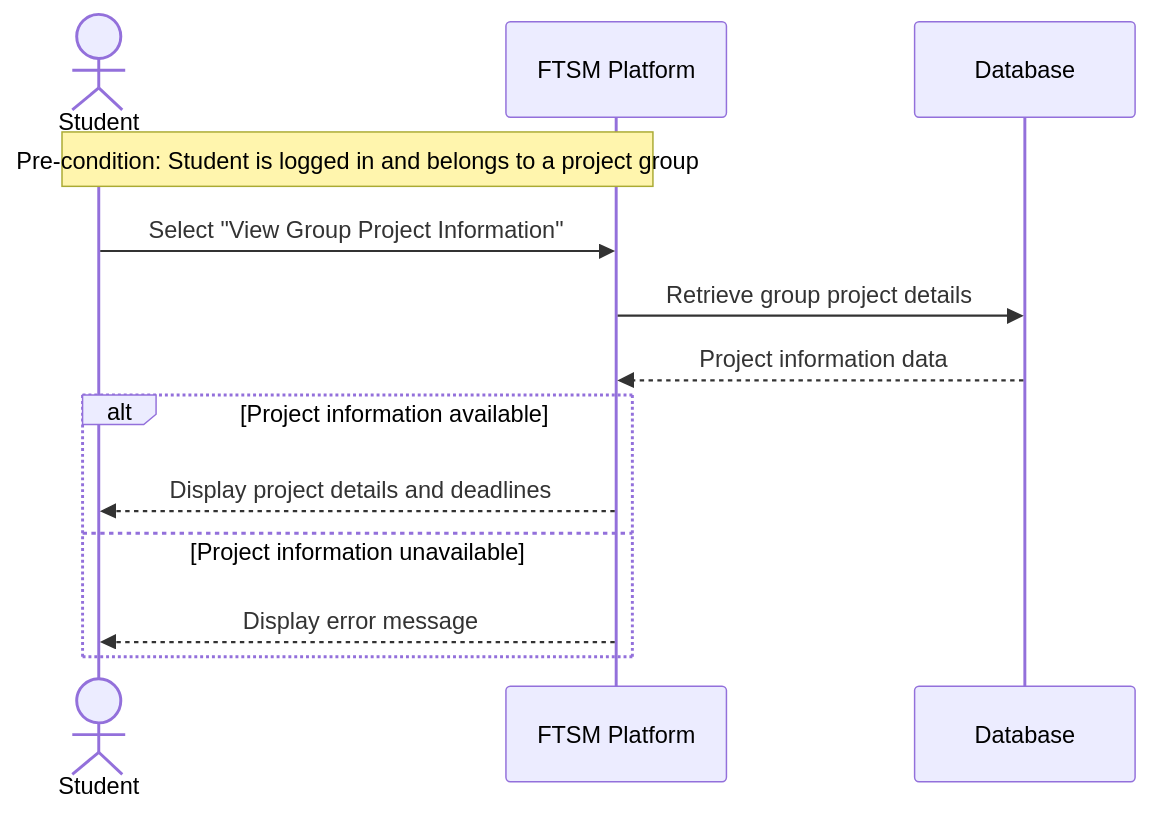
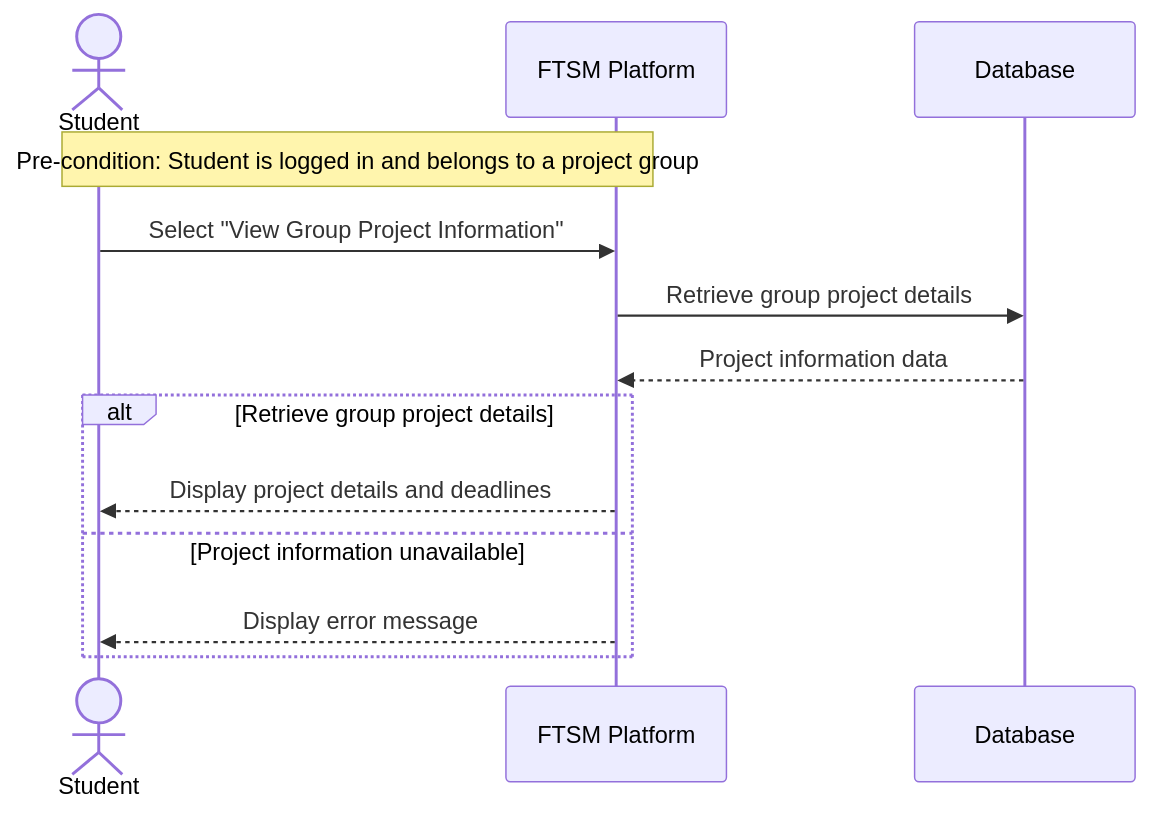
One commit to Lifantastic-O/iodraw-files changed the diagram in all/未命名-4.md. Above: the diagram before and after it, drawn with Mermaid.

Commit message:
2026-01-04 18:46:08 update

````diff
--- a/all/未命名-4.md
+++ b/all/未命名-4.md
@@ -1,19 +1,19 @@
 ```mermaid
 sequenceDiagram
     actor Student
     participant System as FTSM Platform
     participant DB as Database
 
     Note over Student,System: Pre-condition: Student is logged in and belongs to a project group
 
     Student->>System: Select "View Group Project Information"
     System->>DB: Retrieve group project details
     DB-->>System: Project information data
 
-    alt Project information available
+    alt Retrieve group project details
         System-->>Student: Display project details and deadlines
     else Project information unavailable
         System-->>Student: Display error message
     end
 
 ```
````
